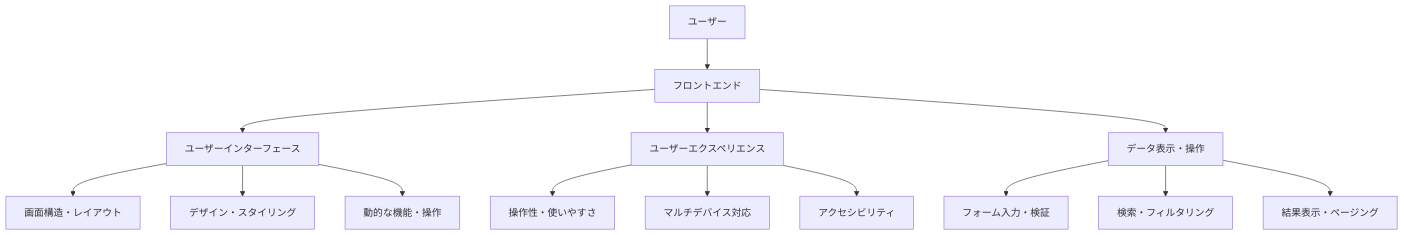
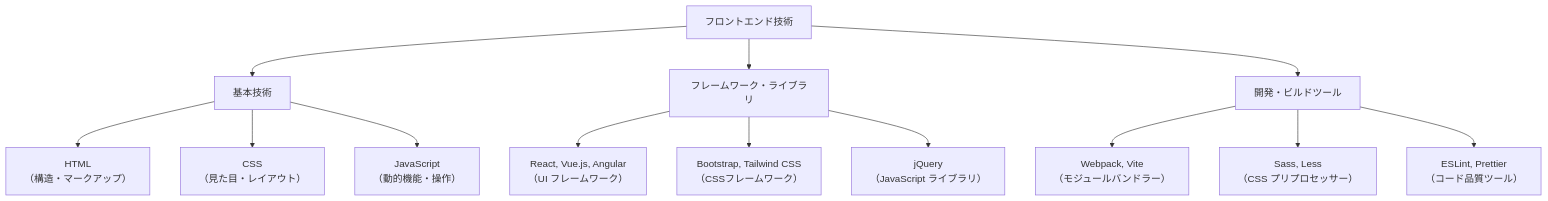
The first of 6 diagrams in docs/04_Web実践活用/01_推奨_フロントエンドとバックエンドの詳細.md (Monzi-takuya/web-fundamentals-for-non-engineers), drawn with Mermaid before and after one commit. The commit also changed other lines of this file and 11 other files, not shown here.

````diff
--- a/docs/04_Web実践活用/01_推奨_フロントエンドとバックエンドの詳細.md
+++ b/docs/04_Web実践活用/01_推奨_フロントエンドとバックエンドの詳細.md
@@ -74,19 +65,18 @@
 ```mermaid
 flowchart TD
-    A["ユーザー"] --> B["フロントエンド"]
-    B --> C["ユーザーインターフェース"]
-    B --> D["ユーザーエクスペリエンス"]
-    B --> E["データ表示・操作"]
+    A["フロントエンド技術"] --> B["基本技術"]
+    A --> C["フレームワーク・ライブラリ"]
+    A --> D["開発・ビルドツール"]
     
-    C --> C1["画面構造・レイアウト"]
-    C --> C2["デザイン・スタイリング"]
-    C --> C3["動的な機能・操作"]
+    B --> B1["HTML<br/>（構造・マークアップ）"]
+    B --> B2["CSS<br/>（見た目・レイアウト）"]
+    B --> B3["JavaScript<br/>（動的機能・操作）"]
     
-    D --> D1["操作性・使いやすさ"]
-    D --> D2["マルチデバイス対応"]
-    D --> D3["アクセシビリティ"]
+    C --> C1["React, Vue.js, Angular<br/>（UI フレームワーク）"]
+    C --> C2["Bootstrap, Tailwind CSS<br/>（CSSフレームワーク）"]
+    C --> C3["jQuery<br/>（JavaScript ライブラリ）"]
     
-    E --> E1["フォーム入力・検証"]
-    E --> E2["検索・フィルタリング"]
-    E --> E3["結果表示・ページング"]
+    D --> D1["Webpack, Vite<br/>（モジュールバンドラー）"]
+    D --> D2["Sass, Less<br/>（CSS プリプロセッサー）"]
+    D --> D3["ESLint, Prettier<br/>（コード品質ツール）"]
 ```
````
